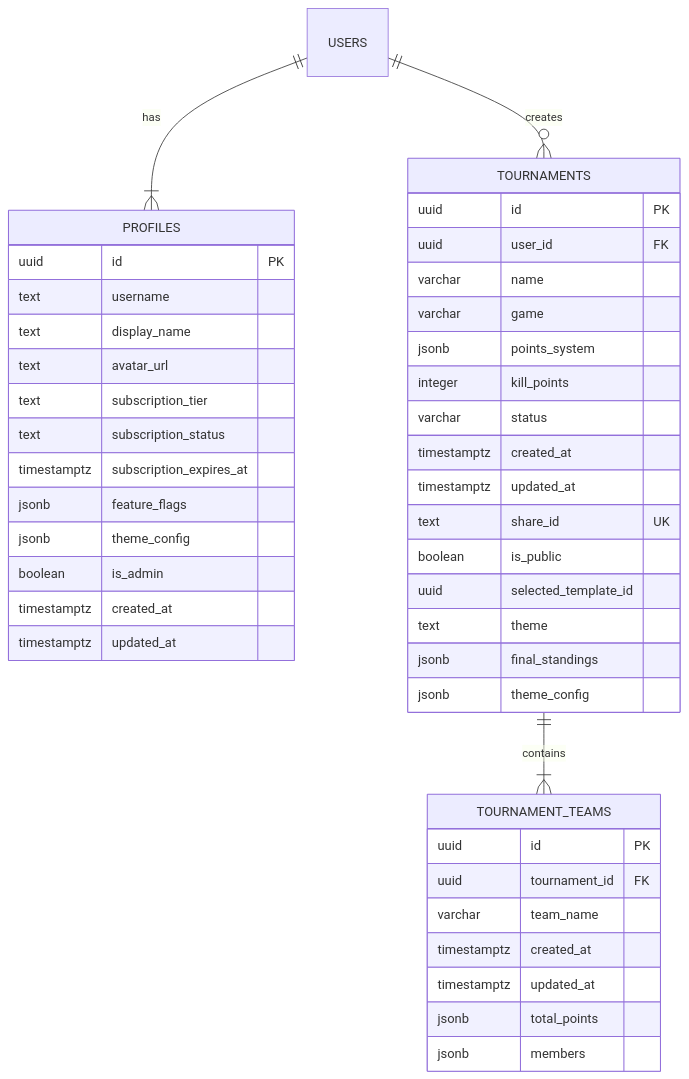
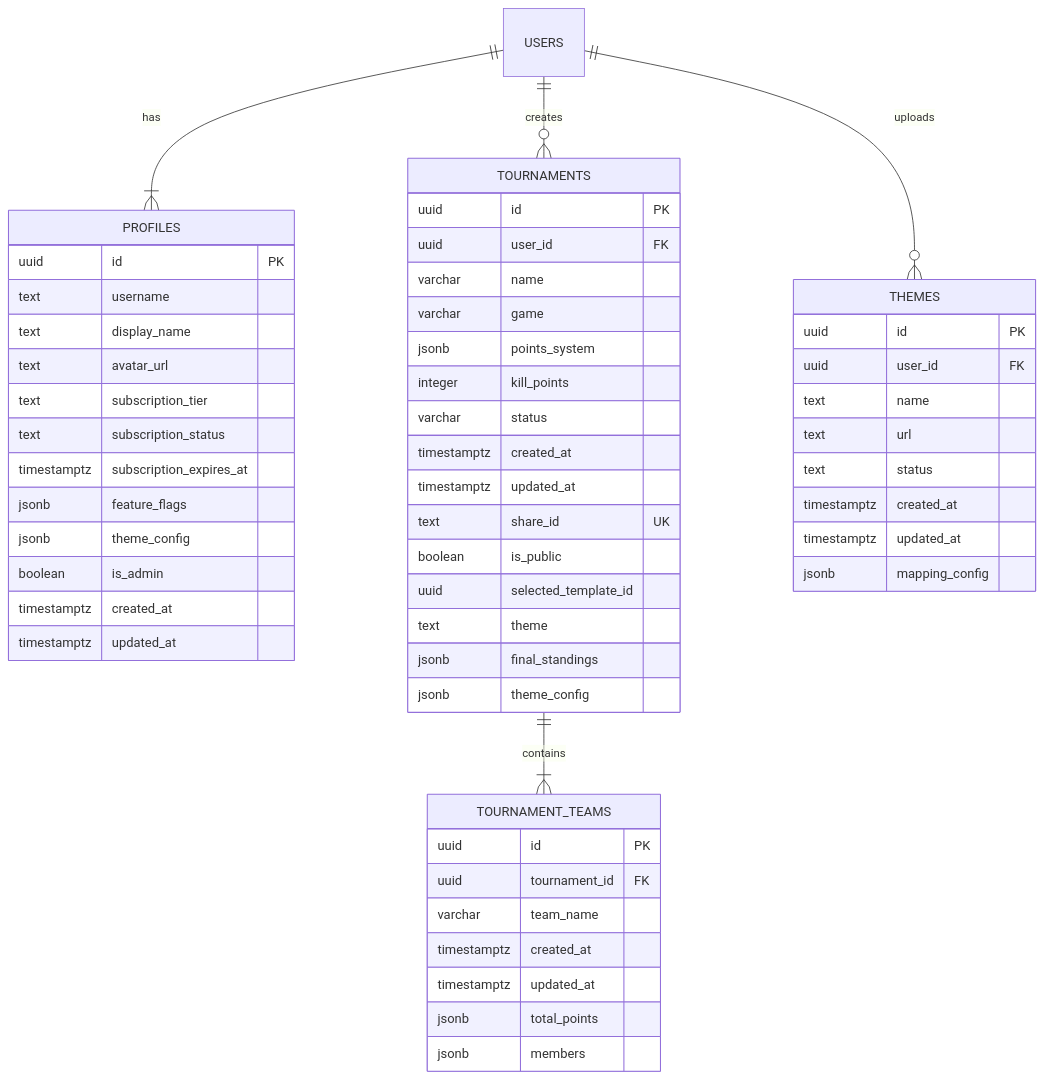
One commit to praneeth4040/LazarFlow changed the diagram in DATABASE_SCHEMA.md. Above: the diagram before and after it, drawn with Mermaid. The commit also changed other lines of this file and 19 other files, not shown here.

````diff
--- a/DATABASE_SCHEMA.md
+++ b/DATABASE_SCHEMA.md
@@ -92,50 +114,62 @@
 ```mermaid
 erDiagram
     USERS ||--|{ PROFILES : "has"
     USERS ||--o{ TOURNAMENTS : "creates"
+    USERS ||--o{ THEMES : "uploads"
 
     TOURNAMENTS ||--|{ TOURNAMENT_TEAMS : "contains"
 
     PROFILES {
         uuid id PK
         text username
         text display_name
         text avatar_url
         text subscription_tier
         text subscription_status
         timestamptz subscription_expires_at
         jsonb feature_flags
         jsonb theme_config
         boolean is_admin
         timestamptz created_at
         timestamptz updated_at
     }
 
     TOURNAMENTS {
         uuid id PK
         uuid user_id FK
         varchar name
         varchar game
         jsonb points_system
         integer kill_points
         varchar status
         timestamptz created_at
         timestamptz updated_at
         text share_id UK
         boolean is_public
         uuid selected_template_id
         text theme
         jsonb final_standings
         jsonb theme_config
     }
 
     TOURNAMENT_TEAMS {
         uuid id PK
         uuid tournament_id FK
         varchar team_name
         timestamptz created_at
         timestamptz updated_at
         jsonb total_points
         jsonb members
     }
+
+    THEMES {
+        uuid id PK
+        uuid user_id FK
+        text name
+        text url
+        text status
+        timestamptz created_at
+        timestamptz updated_at
+        jsonb mapping_config
+    }
 ```
````
